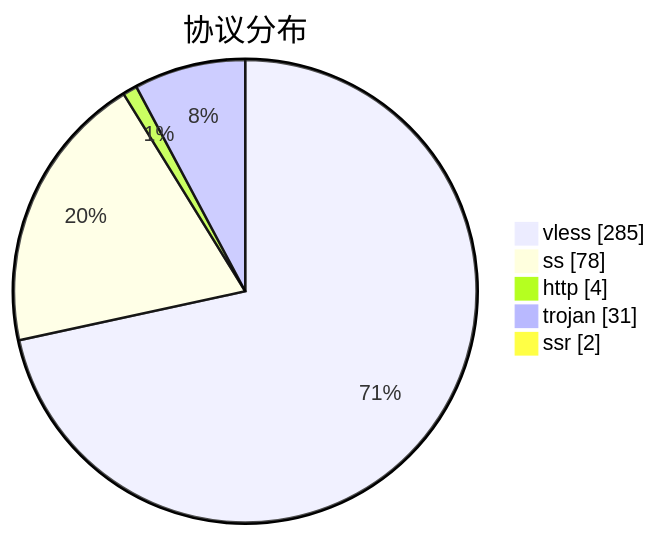
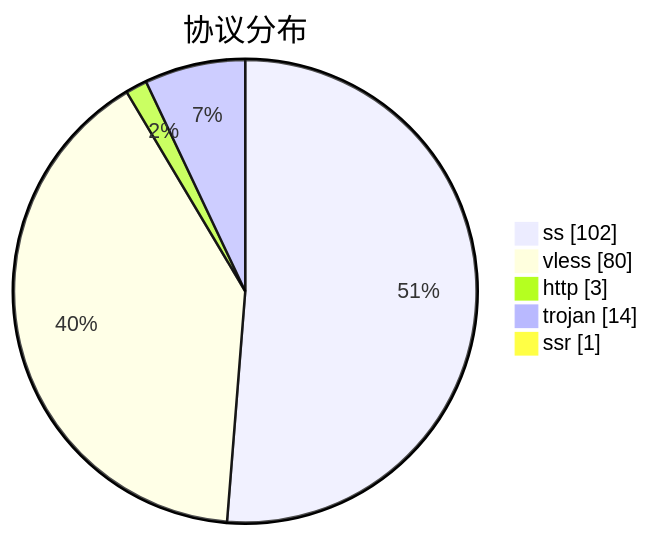
Before and after one commit to qjlxg/airport: the third of 3 diagrams in subs/statistics/tested_within.md, drawn with Mermaid. The commit also changed other lines of this file and 2 other files, not shown here.

````diff
--- a/subs/statistics/tested_within.md
+++ b/subs/statistics/tested_within.md
@@ -19,9 +17,9 @@
 ```mermaid
 pie showData
 title 协议分布
-"vless" : 285
-"ss" : 78
-"http" : 4
-"trojan" : 31
-"ssr" : 2
+"ss" : 102
+"vless" : 80
+"http" : 3
+"trojan" : 14
+"ssr" : 1
 ```
````
